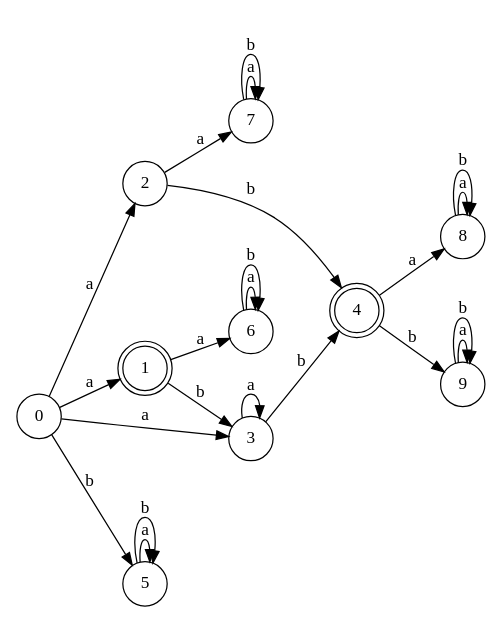
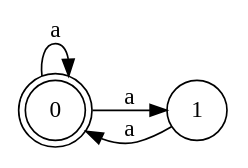
The diagram in Theorie_Langages/TP/img/automaton.dot (Nooosky/Licence3), drawn with Graphviz before and after one commit. The commit also changed 11 other files, not shown here.

```diff
--- a/Theorie_Langages/TP/img/automaton.dot
+++ b/Theorie_Langages/TP/img/automaton.dot
@@ -1,28 +1,9 @@
 digraph finite_state_machine {
 	rankdir=LR;
 	size="8,5";
-	node [shape = doublecircle]; 1 4;
+	node [shape = doublecircle]; 0;
 	node [shape = circle];
+	0 -> 0 [ label = "a" ];
 	0 -> 1 [ label = "a" ];
-	0 -> 2 [ label = "a" ];
-	0 -> 3 [ label = "a" ];
-	0 -> 5 [ label = "b" ];
-	1 -> 6 [ label = "a" ];
-	1 -> 3 [ label = "b" ];
-	2 -> 7 [ label = "a" ];
-	2 -> 4 [ label = "b" ];
-	3 -> 3 [ label = "a" ];
-	3 -> 4 [ label = "b" ];
-	4 -> 8 [ label = "a" ];
-	4 -> 9 [ label = "b" ];
-	5 -> 5 [ label = "a" ];
-	5 -> 5 [ label = "b" ];
-	6 -> 6 [ label = "a" ];
-	6 -> 6 [ label = "b" ];
-	7 -> 7 [ label = "a" ];
-	7 -> 7 [ label = "b" ];
-	8 -> 8 [ label = "a" ];
-	8 -> 8 [ label = "b" ];
-	9 -> 9 [ label = "a" ];
-	9 -> 9 [ label = "b" ];
+	1 -> 0 [ label = "a" ];
 }
```
